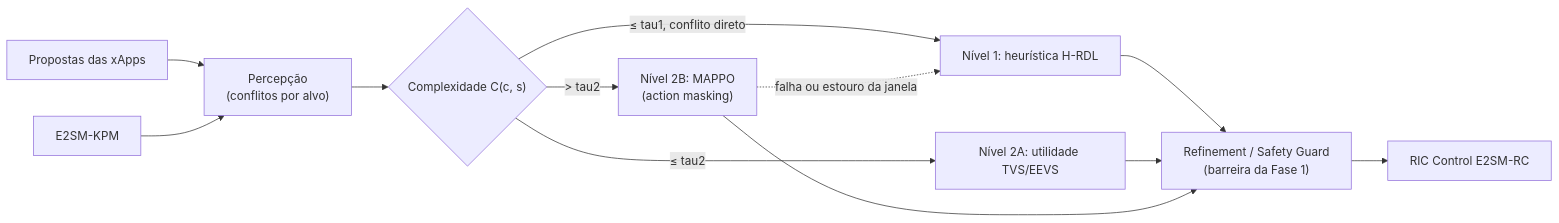
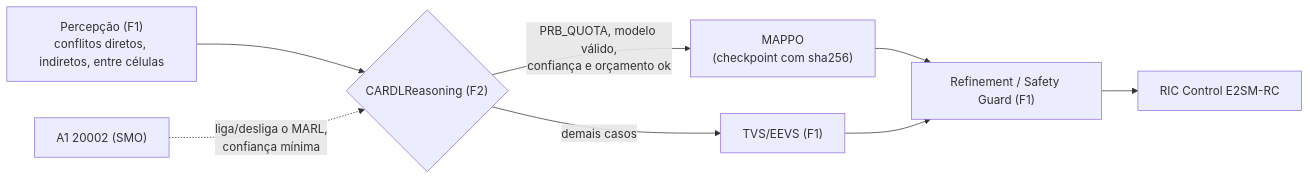
The diagram in README.md (georgebarbosa3090/XApp-RDL-F2), drawn with Mermaid before and after one commit. The commit also changed other lines of this file and 282 other files, not shown here.

First line of the commit message:
refactor(f2): CA-RDL sobre o núcleo da Fase 1; MAPPO calibrado com medições do NORI

````diff
--- a/README.md
+++ b/README.md
@@ -40,14 +14,10 @@
 ```mermaid
 flowchart LR
-    X["Propostas das xApps"] --> P["Percepção<br/>(conflitos por alvo)"]
-    K["E2SM-KPM"] --> P
-    P --> C{"Complexidade C(c, s)"}
-    C -->|"≤ tau1, conflito direto"| H["Nível 1: heurística H-RDL"]
-    C -->|"≤ tau2"| U["Nível 2A: utilidade TVS/EEVS"]
-    C -->|"> tau2"| M["Nível 2B: MAPPO<br/>(action masking)"]
-    M -.->|"falha ou estouro da janela"| H
-    H --> R["Refinement / Safety Guard<br/>(barreira da Fase 1)"]
-    U --> R
-    M --> R
-    R --> E["RIC Control E2SM-RC"]
+    P["Percepção (F1)<br/>conflitos diretos, indiretos, entre células"] --> R{"CARDLReasoning (F2)"}
+    R -->|"PRB_QUOTA, modelo válido,<br/>confiança e orçamento ok"| M["MAPPO<br/>(checkpoint com sha256)"]
+    R -->|"demais casos"| H["TVS/EEVS (F1)"]
+    M --> S["Refinement / Safety Guard (F1)"]
+    H --> S
+    S --> E["RIC Control E2SM-RC"]
+    A["A1 20002 (SMO)"] -.->|"liga/desliga o MARL,<br/>confiança mínima"| R
 ```
````
